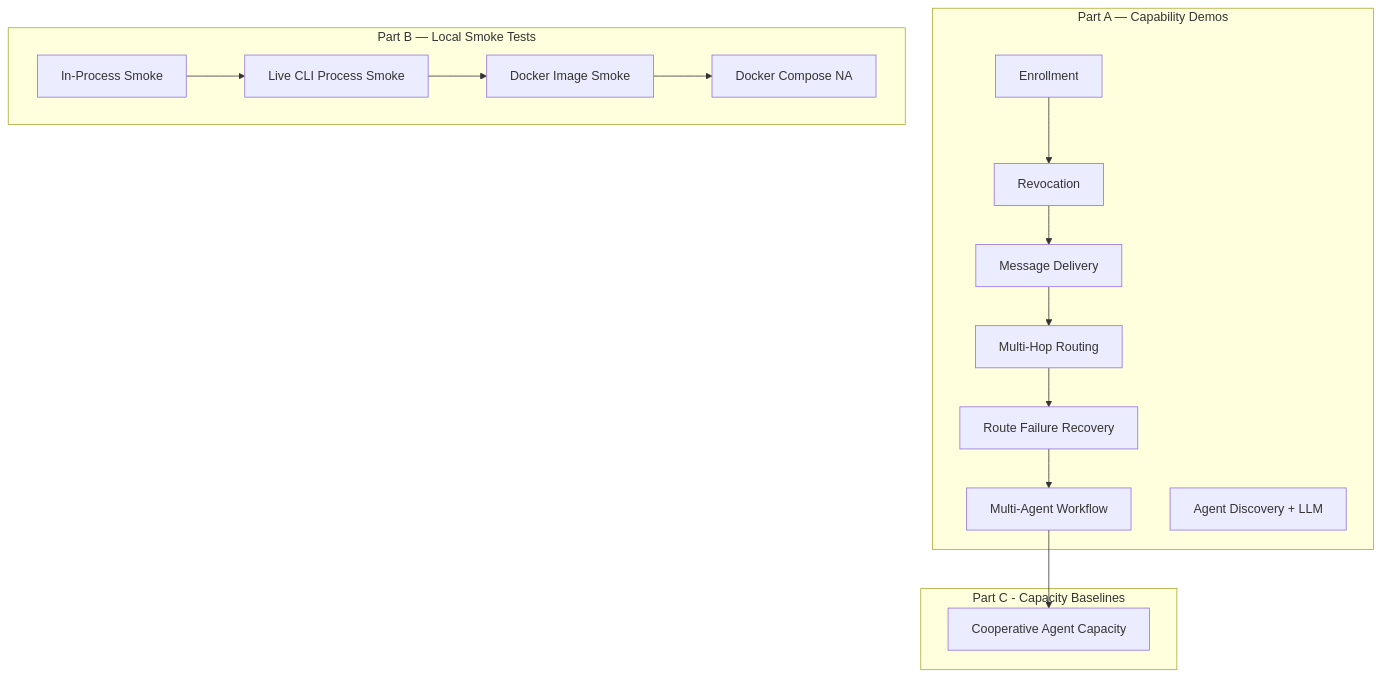
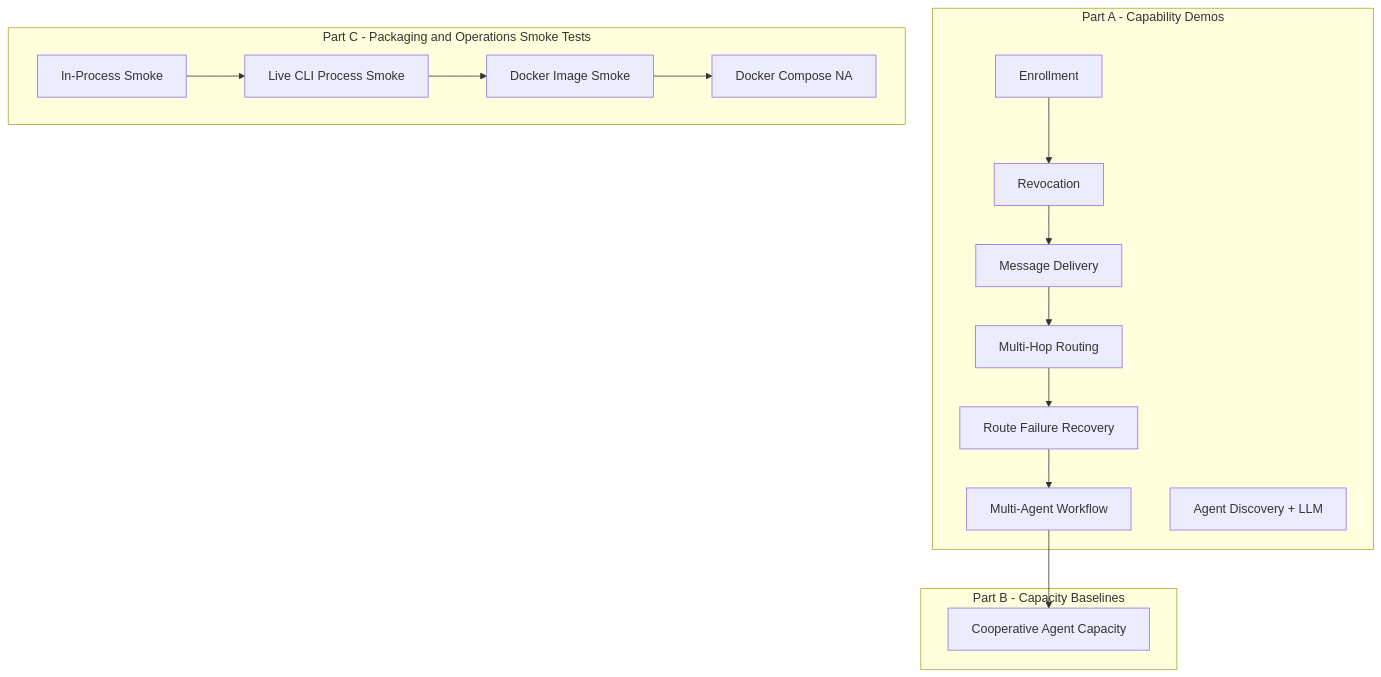
The first of 10 diagrams in docs/examples/demos.md (GenesisMeshLabs/genesismesh), drawn with Mermaid before and after one commit. The commit also changed other lines of this file and 8 other files, not shown here.

````diff
--- a/docs/examples/demos.md
+++ b/docs/examples/demos.md
@@ -24,27 +25,27 @@
 ```{mermaid}
 flowchart TD
-    subgraph A[Part A — Capability Demos]
+    subgraph A[Part A - Capability Demos]
         A1[Enrollment]
         A2[Revocation]
         A3[Message Delivery]
         A4[Multi-Hop Routing]
         A5[Route Failure Recovery]
         A6[Multi-Agent Workflow]
         A7[Agent Discovery + LLM]
     end
 
-    subgraph B[Part B — Local Smoke Tests]
-        B1[In-Process Smoke]
-        B2[Live CLI Process Smoke]
-        B3[Docker Image Smoke]
-        B4[Docker Compose NA]
+    subgraph B[Part B - Capacity Baselines]
+        B1[Cooperative Agent Capacity]
     end
 
-    subgraph C[Part C - Capacity Baselines]
-        C1[Cooperative Agent Capacity]
+    subgraph C[Part C - Packaging and Operations Smoke Tests]
+        C1[In-Process Smoke]
+        C2[Live CLI Process Smoke]
+        C3[Docker Image Smoke]
+        C4[Docker Compose NA]
     end
 
     A1 --> A2 --> A3 --> A4 --> A5 --> A6
-    B1 --> B2 --> B3 --> B4
-    A6 --> C1
+    A6 --> B1
+    C1 --> C2 --> C3 --> C4
 ```
````
